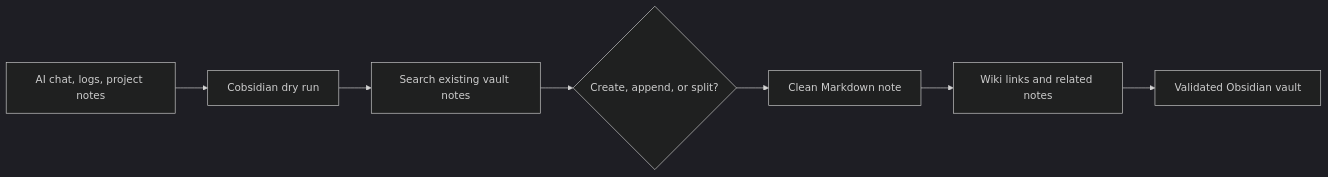
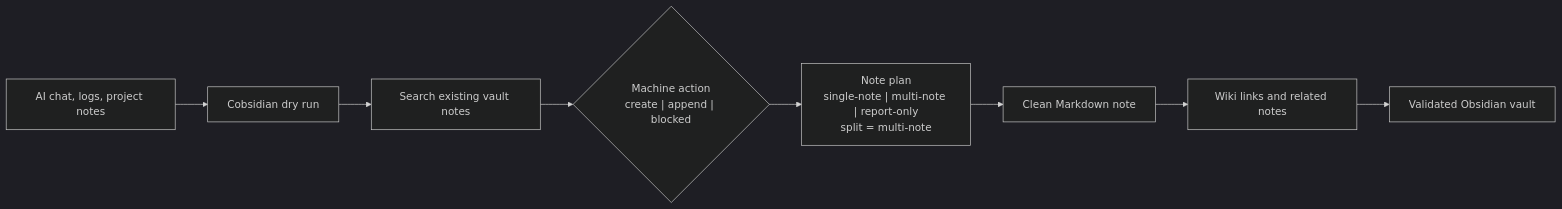
One commit to Totoro-qaq/Cobsidian changed the first of 2 diagrams in README.md. Above: the diagram before and after it, drawn with Mermaid (dark theme). The commit also changed other lines of this file and 43 other files, not shown here.

````diff
--- a/README.md
+++ b/README.md
@@ -47,9 +48,10 @@
 ```mermaid
 flowchart LR
     A["AI chat, logs, project notes"] --> B["Cobsidian dry run"]
     B --> C["Search existing vault notes"]
-    C --> D{"Create, append, or split?"}
-    D --> E["Clean Markdown note"]
-    E --> F["Wiki links and related notes"]
-    F --> G["Validated Obsidian vault"]
+    C --> D{"Machine action<br/>create | append | blocked"}
+    D --> E["Note plan<br/>single-note | multi-note | report-only<br/>split = multi-note"]
+    E --> F["Clean Markdown note"]
+    F --> G["Wiki links and related notes"]
+    G --> H["Validated Obsidian vault"]
 ```
````
